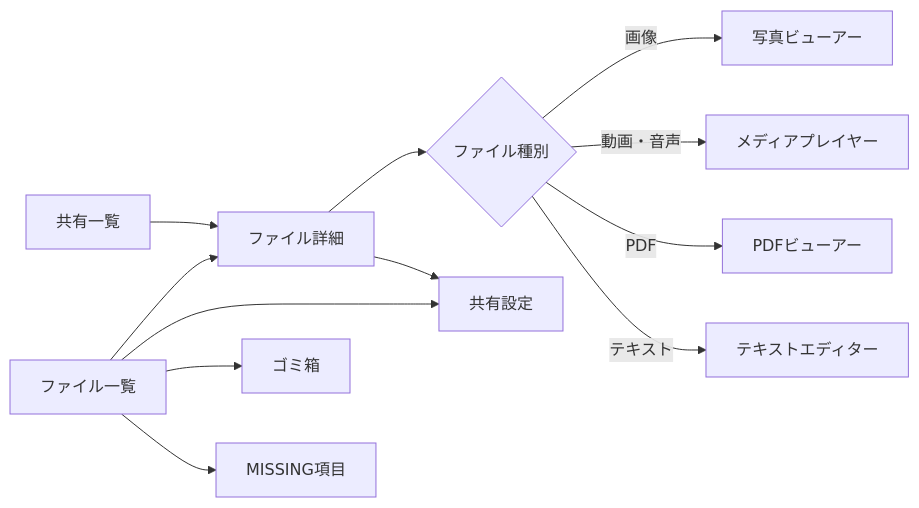
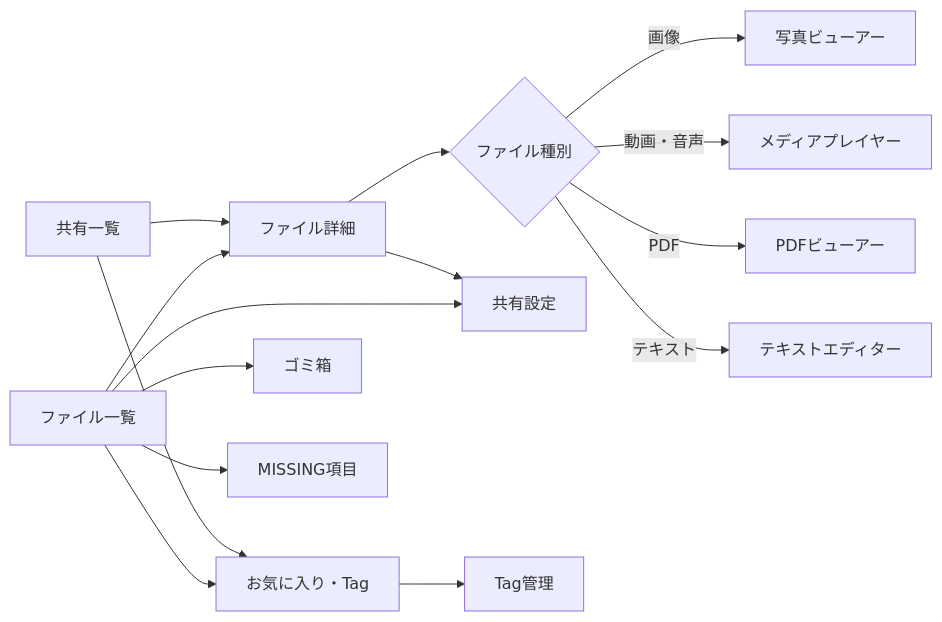
Before and after one commit to ry825/Kura_Storage: diagram 23 of 24 in docs/functional-design.md, drawn with Mermaid. The commit also changed other lines of this file and 33 other files, not shown here.

````diff
--- a/docs/functional-design.md
+++ b/docs/functional-design.md
@@ -2333,16 +2345,19 @@
 ```mermaid
 flowchart LR
     Files["ファイル一覧"] --> Detail["ファイル詳細"]
     Shared["共有一覧"] --> Detail
 
     Detail --> Type{"ファイル種別"}
     Type -->|画像| Image["写真ビューアー"]
     Type -->|動画・音声| Media["メディアプレイヤー"]
     Type -->|PDF| PDF["PDFビューアー"]
     Type -->|テキスト| Text["テキストエディター"]
 
     Files --> Share["共有設定"]
     Detail --> Share
+    Files --> Organize["お気に入り・Tag"]
+    Shared --> Organize
+    Organize --> Tags["Tag管理"]
     Files --> Trash["ゴミ箱"]
     Files --> Missing["MISSING項目"]
 ```
````
